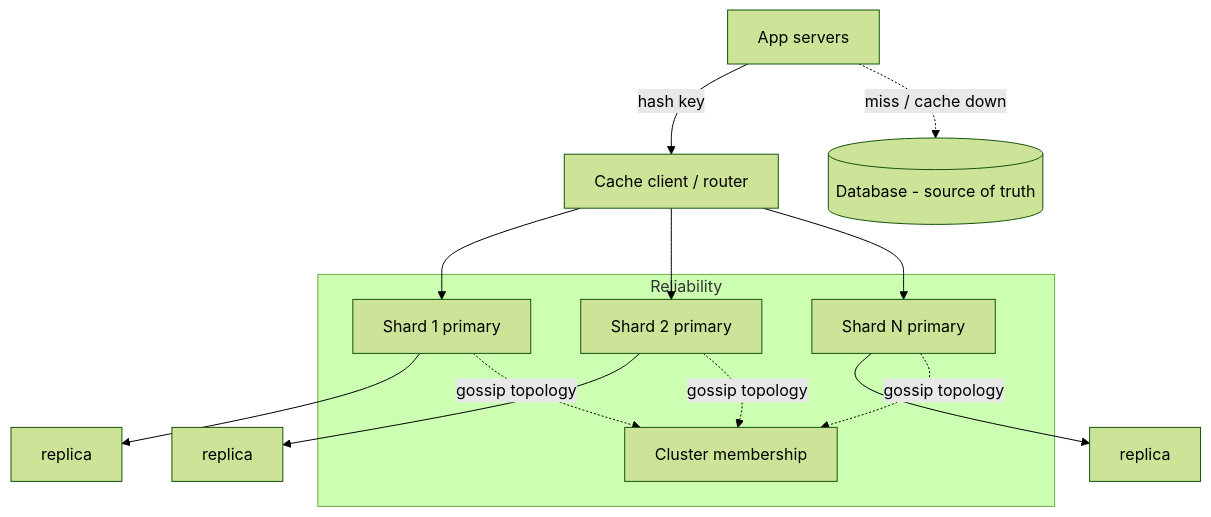
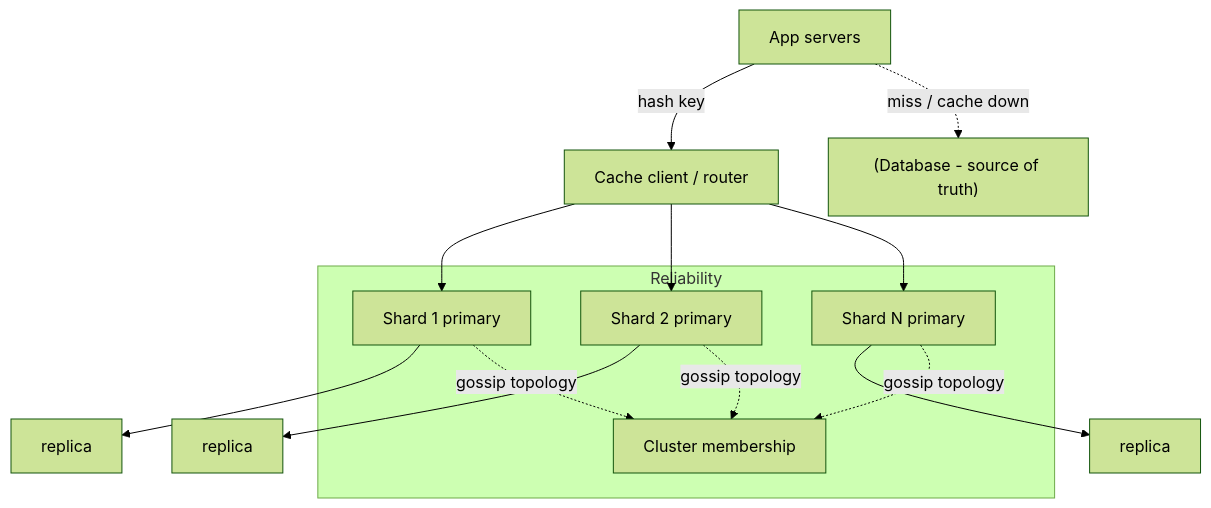
Before and after one commit to pankajThakur1874/studysheet: the sixth of 6 diagrams in files/System-Design-Questions/39-distributed_cache_system_design.md, drawn with Mermaid (forest theme). The commit also changed other lines of this file and 78 other files, not shown here.

````diff
--- a/files/System-Design-Questions/39-distributed_cache_system_design.md
+++ b/files/System-Design-Questions/39-distributed_cache_system_design.md
@@ -168,11 +168,11 @@
 ```mermaid
 flowchart TD
-    App[App servers] -->|hash key| R[Cache client / router]
+    App[App servers] -->|hash key| R["Cache client / router"]
     R --> S1[Shard 1 primary] --> S1r[replica]
     R --> S2[Shard 2 primary] --> S2r[replica]
     R --> S3[Shard N primary] --> S3r[replica]
-    App -.miss / cache down.-> DB[(Database - source of truth)]
+    App -.miss / cache down.-> DB["(Database - source of truth)"]
     subgraph Reliability
       S1 & S2 & S3 -.gossip topology.-> Topo[Cluster membership]
     end
 ```
````
